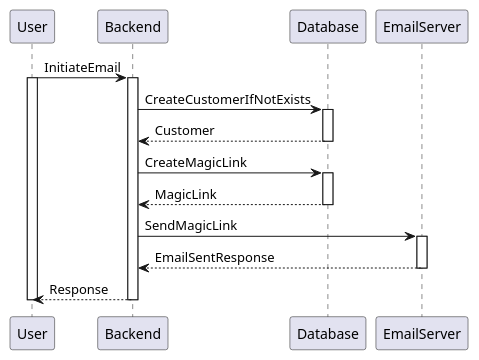
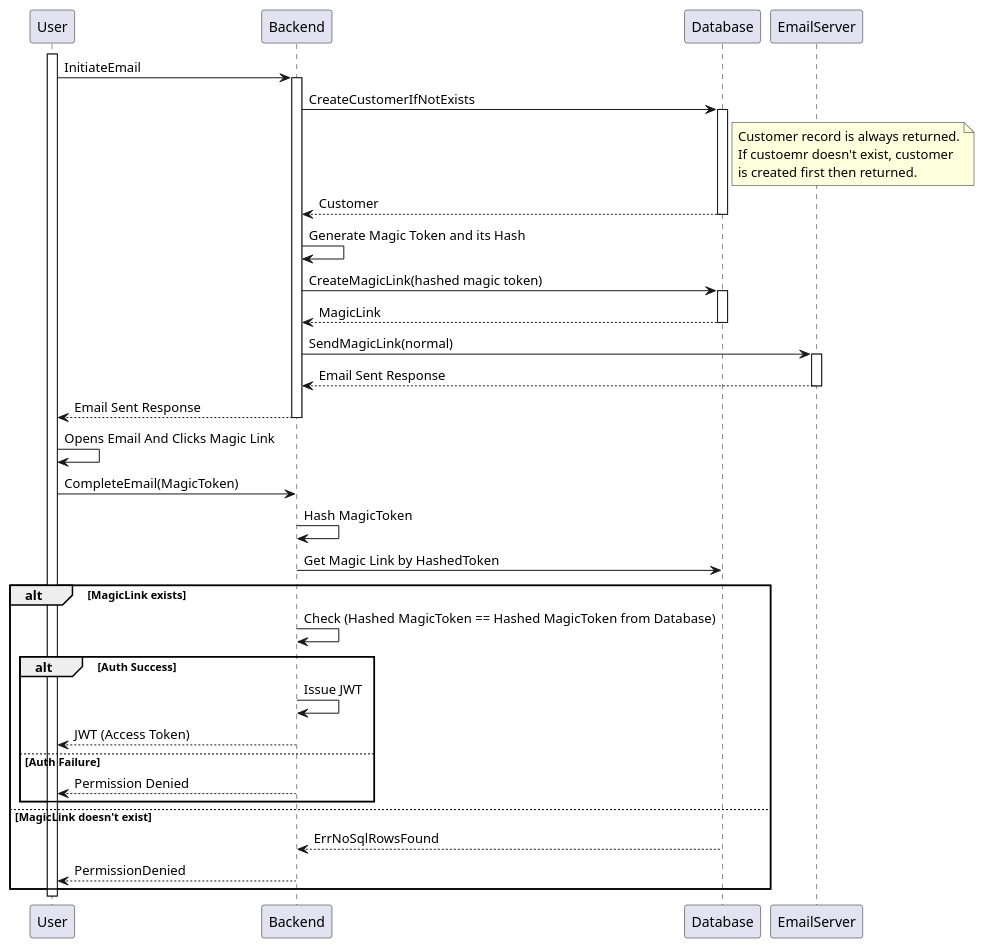
The first of 15 diagrams in docs/diagrams/sequence-diagrams/all-sequence-diagrams.puml (jadwalapp/symmetrical-spoon), drawn with PlantUML before and after one commit. The commit also changed other lines of this file and 4 other files, not shown here.

Commit message:
do 3 sequence diagrams

```diff
--- a/docs/diagrams/sequence-diagrams/all-sequence-diagrams.puml
+++ b/docs/diagrams/sequence-diagrams/all-sequence-diagrams.puml
@@ -1,16 +1,41 @@
 @startuml Continue with Email
-User -> Backend ++ : InitiateEmail
 activate User
 
+User -> Backend ++ : InitiateEmail
+
 Backend -> Database ++ : CreateCustomerIfNotExists
+note right of Database : Customer record is always returned.\nIf custoemr doesn't exist, customer\nis created first then returned.
 Database --> Backend -- : Customer
 
-Backend -> Database ++ : CreateMagicLink
+Backend -> Backend : Generate Magic Token and its Hash
+
+Backend -> Database ++ : CreateMagicLink(hashed magic token)
 Database --> Backend -- : MagicLink
 
-Backend -> EmailServer ++ : SendMagicLink
-EmailServer --> Backend -- : EmailSentResponse
+Backend -> EmailServer ++ : SendMagicLink(normal)
+EmailServer --> Backend -- : Email Sent Response
 
-Backend --> User -- : Response
+Backend --> User -- : Email Sent Response
+
+User -> User : Opens Email And Clicks Magic Link
+
+User -> Backend : CompleteEmail(MagicToken)
+
+Backend -> Backend : Hash MagicToken
+
+Backend -> Database : Get Magic Link by HashedToken
+alt MagicLink exists
+    Backend -> Backend : Check (Hashed MagicToken == Hashed MagicToken from Database)
+    alt Auth Success
+        Backend -> Backend : Issue JWT
+        Backend --> User : JWT (Access Token)
+    else Auth Failure
+        Backend --> User : Permission Denied
+    end
+else MagicLink doesn't exist
+    Database --> Backend : ErrNoSqlRowsFound
+    Backend --> User : PermissionDenied
+end
+
 deactivate User
 @enduml
```
